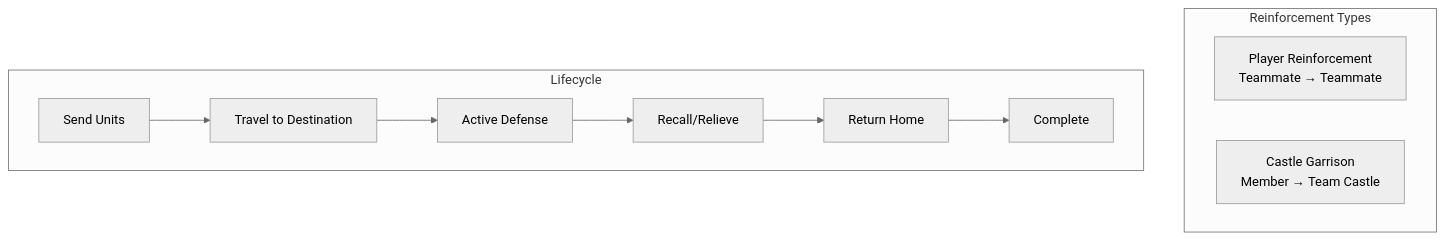
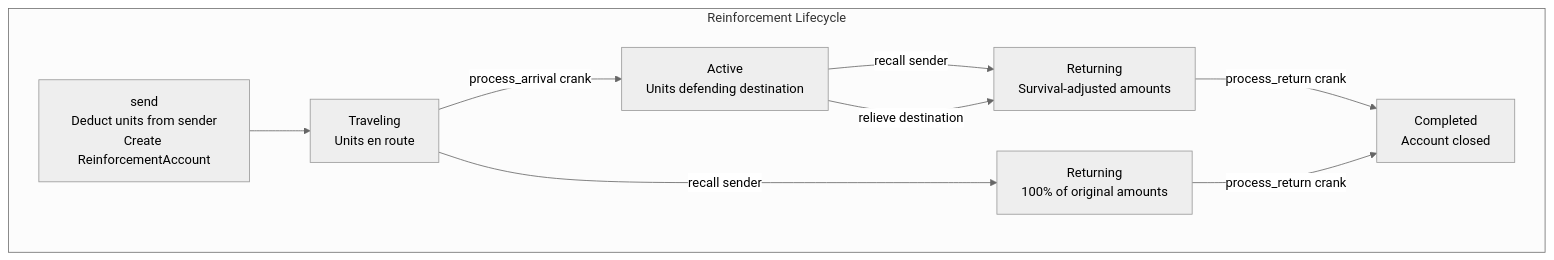
One commit to crypt0miester/novus-mundus changed the first of 5 diagrams in docs/onchain/04-systems/reinforcements.md. Above: the diagram before and after it, drawn with Mermaid (neutral theme). The commit also changed other lines of this file and 259 other files, not shown here.

````diff
--- a/docs/onchain/04-systems/reinforcements.md
+++ b/docs/onchain/04-systems/reinforcements.md
@@ -9,15 +11,12 @@
 ```mermaid
 graph TB
-    subgraph "Reinforcement Types"
-        PLAYER[Player Reinforcement<br/>Teammate → Teammate]
-        CASTLE[Castle Garrison<br/>Member → Team Castle]
-    end
-
-    subgraph "Lifecycle"
-        SEND[Send Units] --> TRAVEL[Travel to Destination]
-        TRAVEL --> ACTIVE[Active Defense]
-        ACTIVE --> RECALL[Recall/Relieve]
-        RECALL --> RETURN[Return Home]
-        RETURN --> COMPLETE[Complete]
+    subgraph "Reinforcement Lifecycle"
+        SEND[send<br/>Deduct units from sender<br/>Create ReinforcementAccount] --> TRAVEL[Traveling<br/>Units en route]
+        TRAVEL -->|process_arrival crank| ACTIVE[Active<br/>Units defending destination]
+        ACTIVE -->|recall sender| RETURNING1[Returning<br/>Survival-adjusted amounts]
+        ACTIVE -->|relieve destination| RETURNING1
+        TRAVEL -->|recall sender| RETURNING2[Returning<br/>100% of original amounts]
+        RETURNING1 -->|process_return crank| COMPLETE[Completed<br/>Account closed]
+        RETURNING2 -->|process_return crank| COMPLETE
     end
 ```
````
